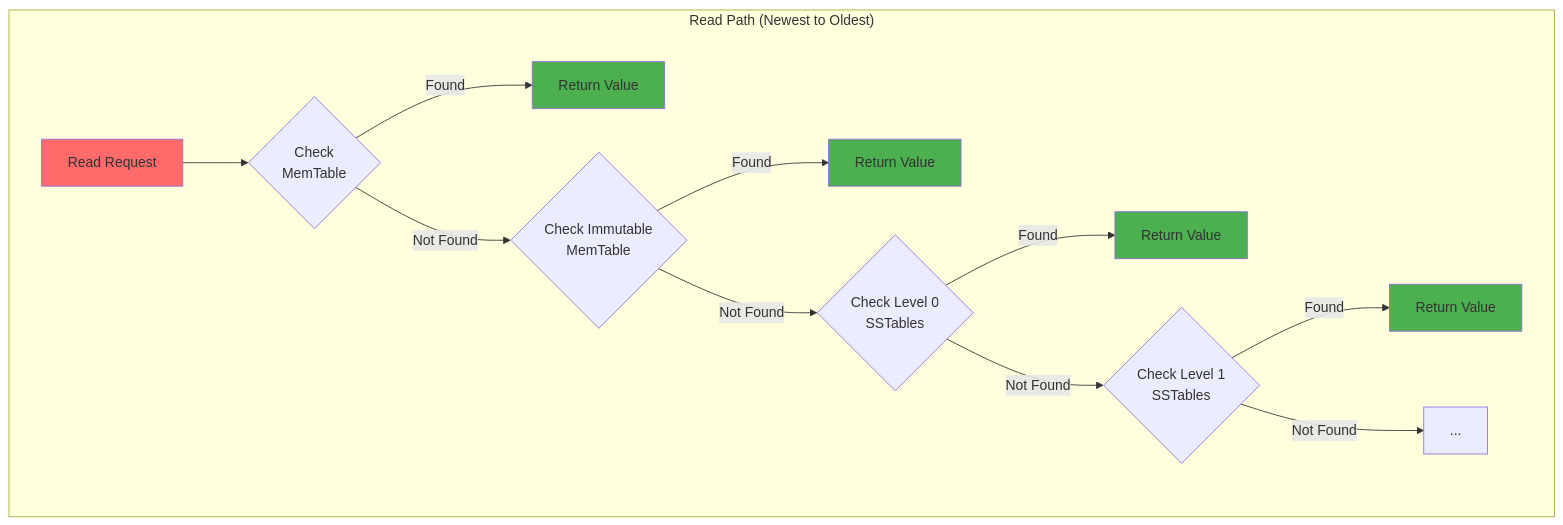
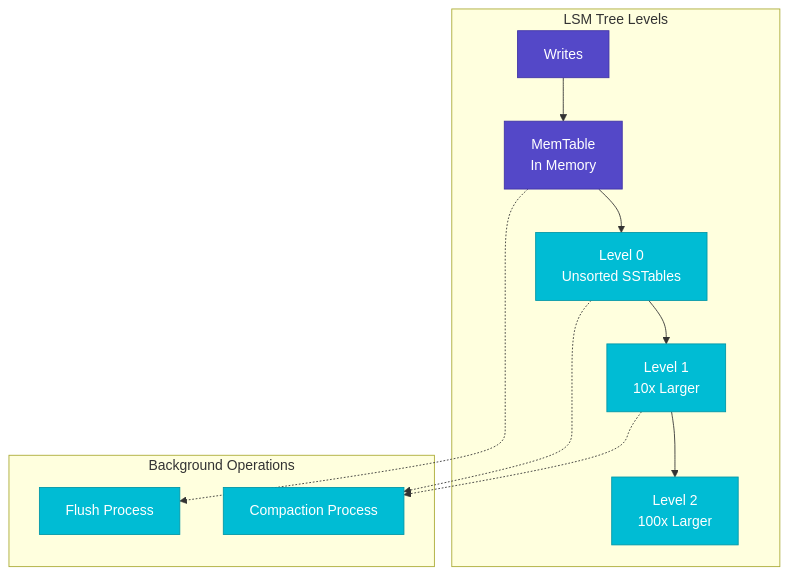
The second of 6 diagrams in docs/pattern-library/data-management/lsm-tree.md (deepaucksharma/DStudio), drawn with Mermaid before and after one commit. The commit also changed other lines of this file and 23 other files, not shown here.

````diff
--- a/docs/pattern-library/data-management/lsm-tree.md
+++ b/docs/pattern-library/data-management/lsm-tree.md
@@ -142,20 +114,24 @@
 ```mermaid
-graph TD
- subgraph "Read Path (Newest to Oldest)"
- Read[Read Request] --> MT{Check<br/>MemTable}
- MT -->|Found| Return1[Return Value]
- MT -->|Not Found| IMT{Check Immutable<br/>MemTable}
- IMT -->|Found| Return2[Return Value]
- IMT -->|Not Found| L0{Check Level 0<br/>SSTables}
- L0 -->|Found| Return3[Return Value]
- L0 -->|Not Found| L1{Check Level 1<br/>SSTables}
- L1 -->|Found| Return4[Return Value]
- L1 -->|Not Found| Continue[...]
- end
- 
- style Read fill:#ff6b6b
- style Return1 fill:#4CAF50
- style Return2 fill:#4CAF50
- style Return3 fill:#4CAF50
- style Return4 fill:#4CAF50
+graph TB
+    subgraph "LSM Tree Levels"
+        W[Writes] --> M[MemTable<br/>In Memory]
+        M --> L0[Level 0<br/>Unsorted SSTables]
+        L0 --> L1[Level 1<br/>10x Larger]
+        L1 --> L2[Level 2<br/>100x Larger]
+    end
+    
+    subgraph "Background Operations"
+        F[Flush Process]
+        C[Compaction Process]
+    end
+    
+    M -.-> F
+    L0 -.-> C
+    L1 -.-> C
+    
+    classDef primary fill:#5448C8,stroke:#3f33a6,color:#fff
+    classDef secondary fill:#00BCD4,stroke:#0097a7,color:#fff
+    
+    class M,W primary
+    class L0,L1,L2,F,C secondary
 ```
````
